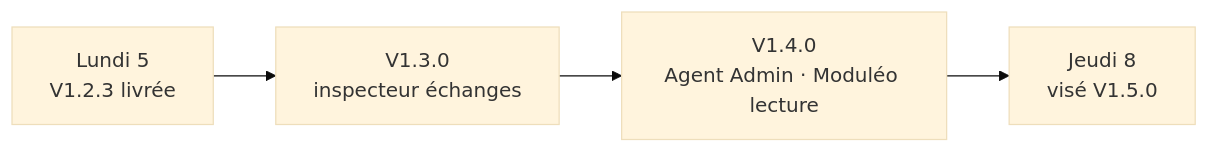
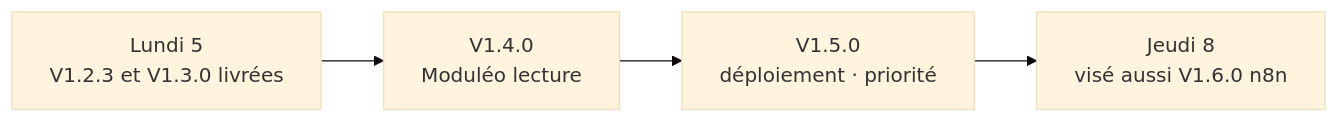
The second of 2 diagrams in README.md (UlyssouLV/BBASS-Agents-IA), drawn with Mermaid (base theme) before and after one commit. The commit also changed other lines of this file and 217 other files, not shown here.

First line of the commit message:
V1.3.0 — Inspecteur des échanges avec le modèle (outil de développement) (#109)

````diff
--- a/README.md
+++ b/README.md
@@ -37,6 +37,6 @@
 ```mermaid
 flowchart LR
-  L05["Lundi 5<br/>V1.2.3 livrée"] --> V130["V1.3.0<br/>inspecteur échanges"]
-  V130 --> V140["V1.4.0<br/>Agent Admin · Moduléo lecture"]
-  V140 --> V08["Jeudi 8<br/>visé V1.5.0"]
+  L05["Lundi 5<br/>V1.2.3 et V1.3.0 livrées"] --> V140["V1.4.0<br/>Moduléo lecture"]
+  V140 --> V150["V1.5.0<br/>déploiement · priorité"]
+  V150 --> V08["Jeudi 8<br/>visé aussi V1.6.0 n8n"]
 ```
````
